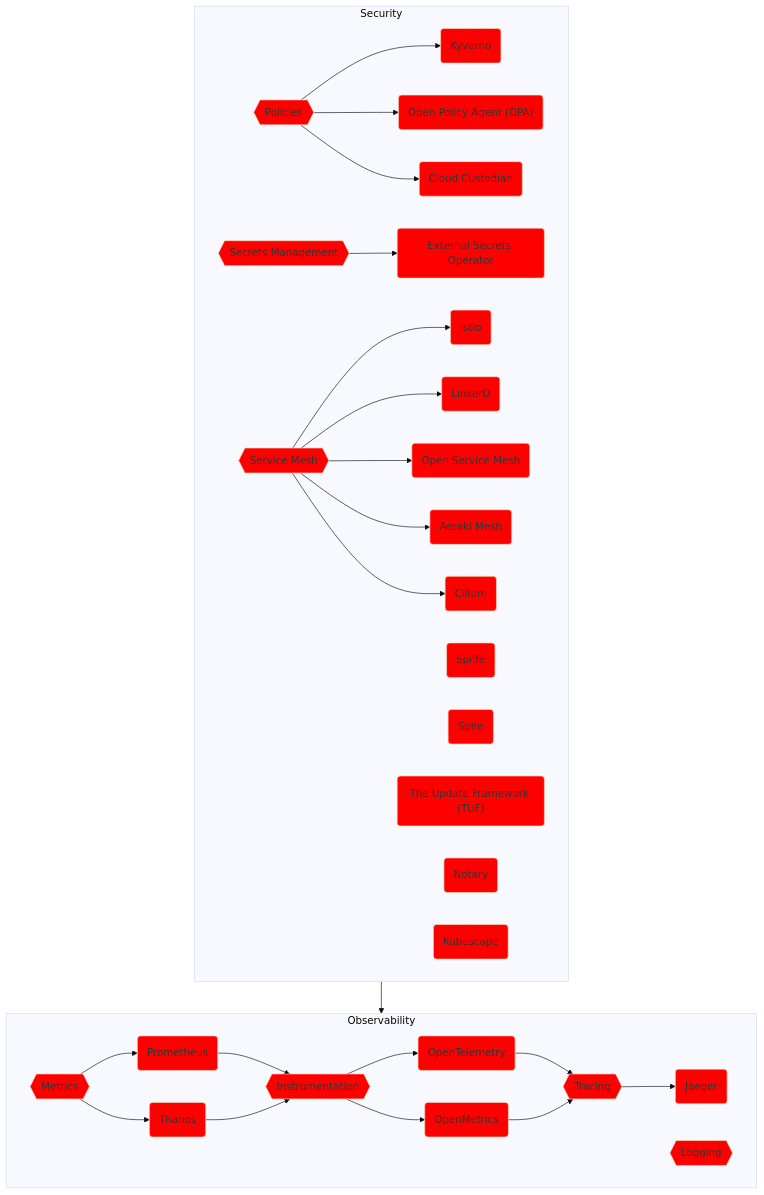
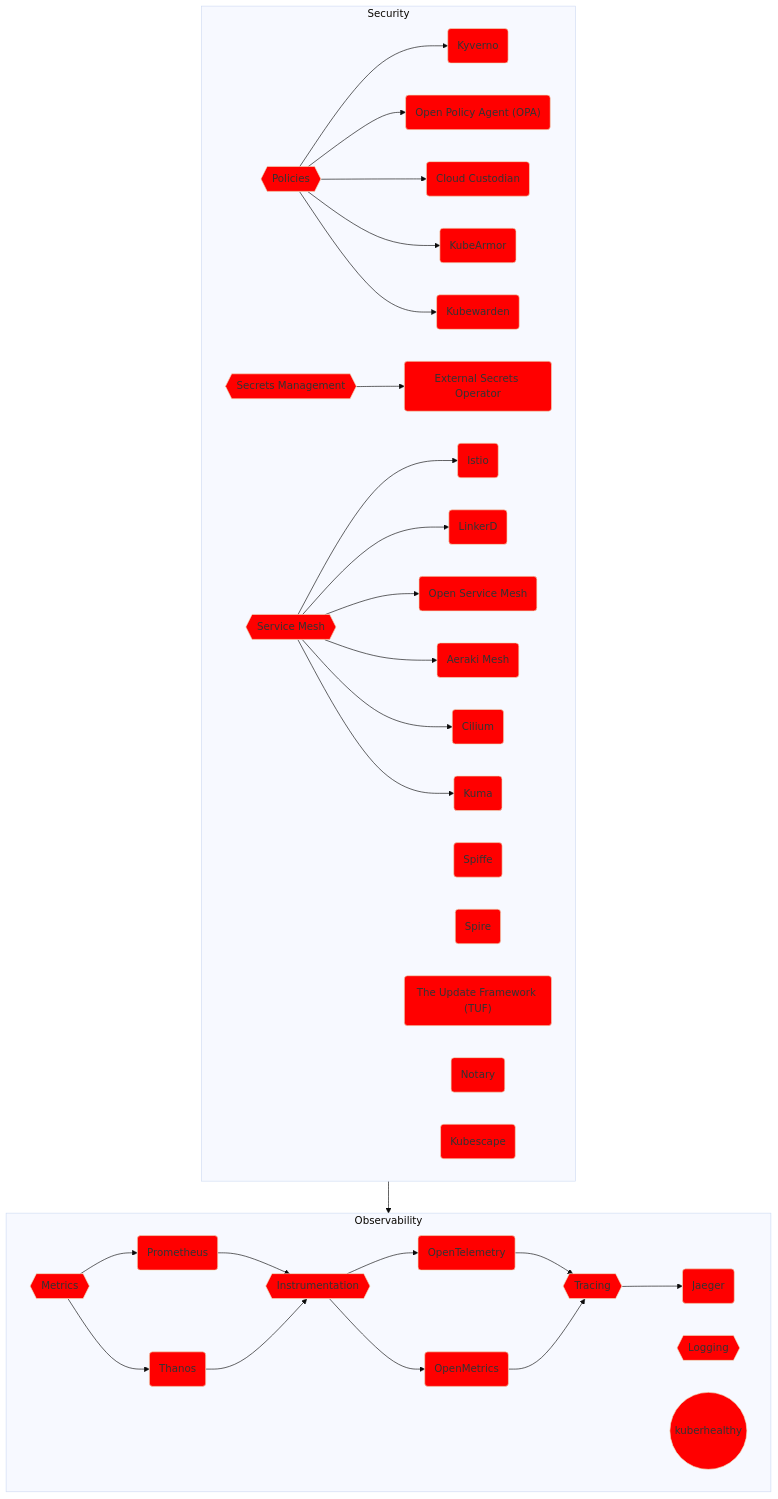
The third of 9 diagrams in solution.md (vfarcic/cncf-demo), drawn with Mermaid (base theme) before and after one commit. The commit also changed other lines of this file, not shown here.

````diff
--- a/solution.md
+++ b/solution.md
@@ -322,11 +322,13 @@
         policies-cloud-custodian(Cloud Custodian)
         click policies-cloud-custodian "https://github.com/vfarcic/cncf-demo/blob/main/manuscript/policies/cloud-custodian.md"
         style policies-cloud-custodian fill:red
-
-        %% -- Policies Connections --
-        policies-->policies-kyverno
-        policies-->policies-opa
-        policies-->policies-cloud-custodian
+        kube-armor(KubeArmor)
+        click kube-armor "https://github.com/vfarcic/cncf-demo/blob/main/manuscript/policies/kube-armor.md"
+        style kube-armor fill:red
+        kubewarden(Kubewarden)
+        click kubewarden "https://github.com/vfarcic/cncf-demo/blob/main/manuscript/policies/kubewarden.md"
+        style kubewarden fill:red
+        policies --> policies-kyverno & policies-opa & policies-cloud-custodian & kube-armor & kubewarden
 
         %% ------------------------
         %% -- Secrets Management --
@@ -362,7 +364,10 @@
         service-mesh-cilium(Cilium)
         click service-mesh-cilium "https://github.com/vfarcic/cncf-demo/blob/main/manuscript/service-mesh/cilium.md"
         style service-mesh-cilium fill:red
-        service-mesh --> service-mesh-istio & service-mesh-linkerd & service-mesh-open-service-mesh & service-mesh-aeraki-mesh & service-mesh-cilium
+        service-mesh-kuma(Kuma)
+        click service-mesh-kuma "https://github.com/vfarcic/cncf-demo/blob/main/manuscript/service-mesh/kuma.md"
+        style service-mesh-kuma fill:red
+        service-mesh --> service-mesh-istio & service-mesh-linkerd & service-mesh-open-service-mesh & service-mesh-aeraki-mesh & service-mesh-cilium & service-mesh-kuma
 
         %% -----------
         %% -- TODO: --
@@ -429,5 +434,11 @@
         logging{{Logging}}
         style logging fill:red
 
+        %% -----------
+        %% -- TODO: --
+        %% -----------
+        kuberhealthy((kuberhealthy))
+        style kuberhealthy fill:red
+
     end
 ```
````
